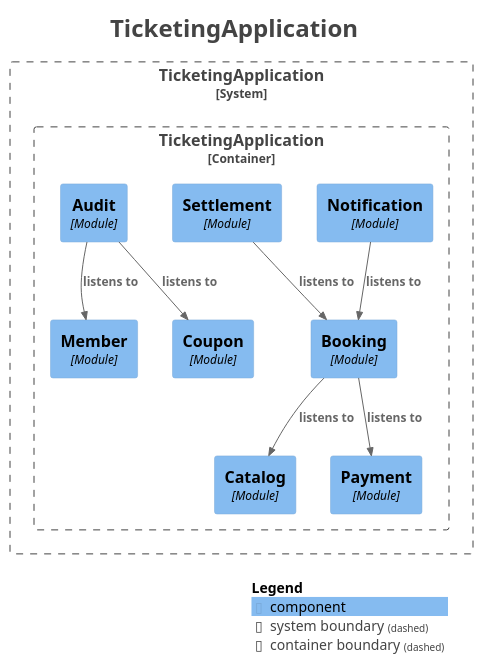
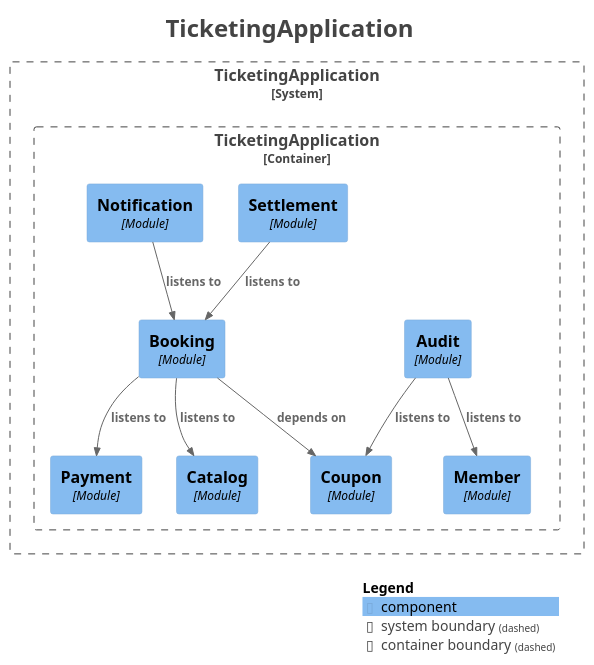
Before and after one commit to jkonury/ticketing: the diagram in docs/modulith/components.puml, drawn with PlantUML. The commit also changed 22 other files, not shown here.

```diff
--- a/docs/modulith/components.puml
+++ b/docs/modulith/components.puml
@@ -1,41 +1,42 @@
 @startuml
 title <size:24>TicketingApplication</size>
 
 set separator none
 top to bottom direction
 
 <style>
   root {
     BackgroundColor: #ffffff
     FontColor: #444444
   }
 </style>
 
 !include <C4/C4>
 !include <C4/C4_Context>
 !include <C4/C4_Component>
 
 System_Boundary("TicketingApplication_boundary", "TicketingApplication", $tags="") {
   Container_Boundary("TicketingApplication.TicketingApplication_boundary", "TicketingApplication", $tags="") {
     Component(TicketingApplication.TicketingApplication.Settlement, "Settlement", $techn="Module", $descr="", $tags="", $link="")
     Component(TicketingApplication.TicketingApplication.Catalog, "Catalog", $techn="Module", $descr="", $tags="", $link="")
     Component(TicketingApplication.TicketingApplication.Coupon, "Coupon", $techn="Module", $descr="", $tags="", $link="")
     Component(TicketingApplication.TicketingApplication.Member, "Member", $techn="Module", $descr="", $tags="", $link="")
     Component(TicketingApplication.TicketingApplication.Payment, "Payment", $techn="Module", $descr="", $tags="", $link="")
     Component(TicketingApplication.TicketingApplication.Audit, "Audit", $techn="Module", $descr="", $tags="", $link="")
     Component(TicketingApplication.TicketingApplication.Booking, "Booking", $techn="Module", $descr="", $tags="", $link="")
     Component(TicketingApplication.TicketingApplication.Notification, "Notification", $techn="Module", $descr="", $tags="", $link="")
   }
 
 }
 
 Rel(TicketingApplication.TicketingApplication.Audit, TicketingApplication.TicketingApplication.Coupon, "listens to", $techn="", $tags="", $link="")
 Rel(TicketingApplication.TicketingApplication.Audit, TicketingApplication.TicketingApplication.Member, "listens to", $techn="", $tags="", $link="")
-Rel(TicketingApplication.TicketingApplication.Notification, TicketingApplication.TicketingApplication.Booking, "listens to", $techn="", $tags="", $link="")
 Rel(TicketingApplication.TicketingApplication.Booking, TicketingApplication.TicketingApplication.Payment, "listens to", $techn="", $tags="", $link="")
 Rel(TicketingApplication.TicketingApplication.Booking, TicketingApplication.TicketingApplication.Catalog, "listens to", $techn="", $tags="", $link="")
+Rel(TicketingApplication.TicketingApplication.Booking, TicketingApplication.TicketingApplication.Coupon, "depends on", $techn="", $tags="", $link="")
+Rel(TicketingApplication.TicketingApplication.Notification, TicketingApplication.TicketingApplication.Booking, "listens to", $techn="", $tags="", $link="")
 Rel(TicketingApplication.TicketingApplication.Settlement, TicketingApplication.TicketingApplication.Booking, "listens to", $techn="", $tags="", $link="")
 
 SHOW_LEGEND(true)
 hide stereotypes
 @enduml
```
